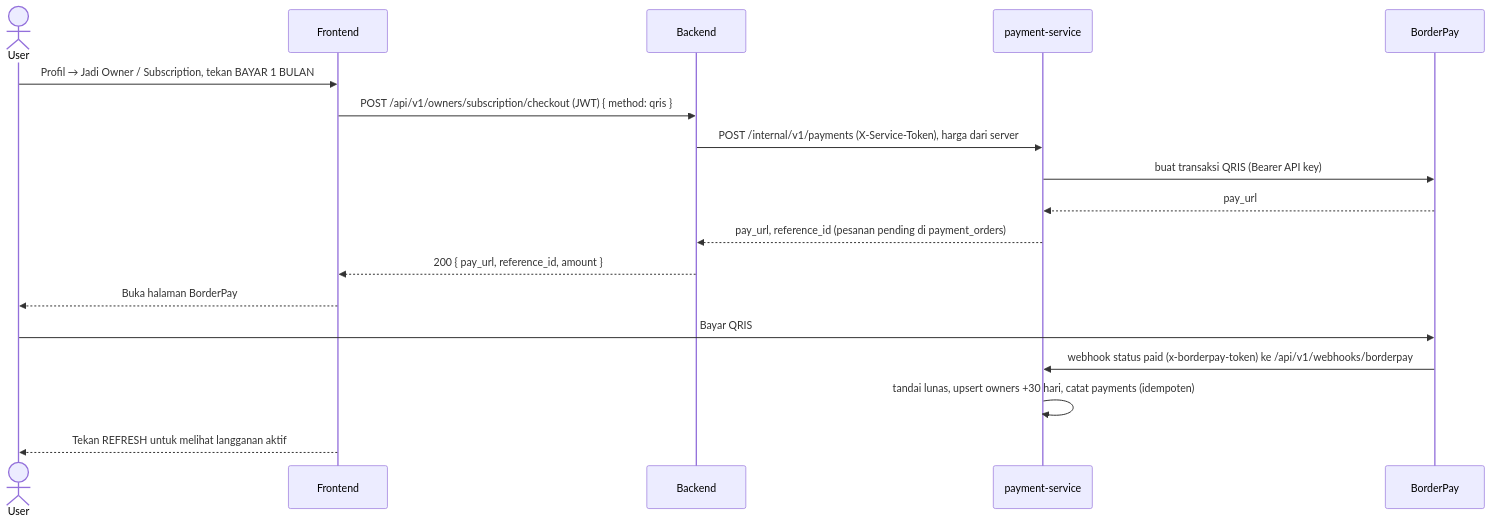
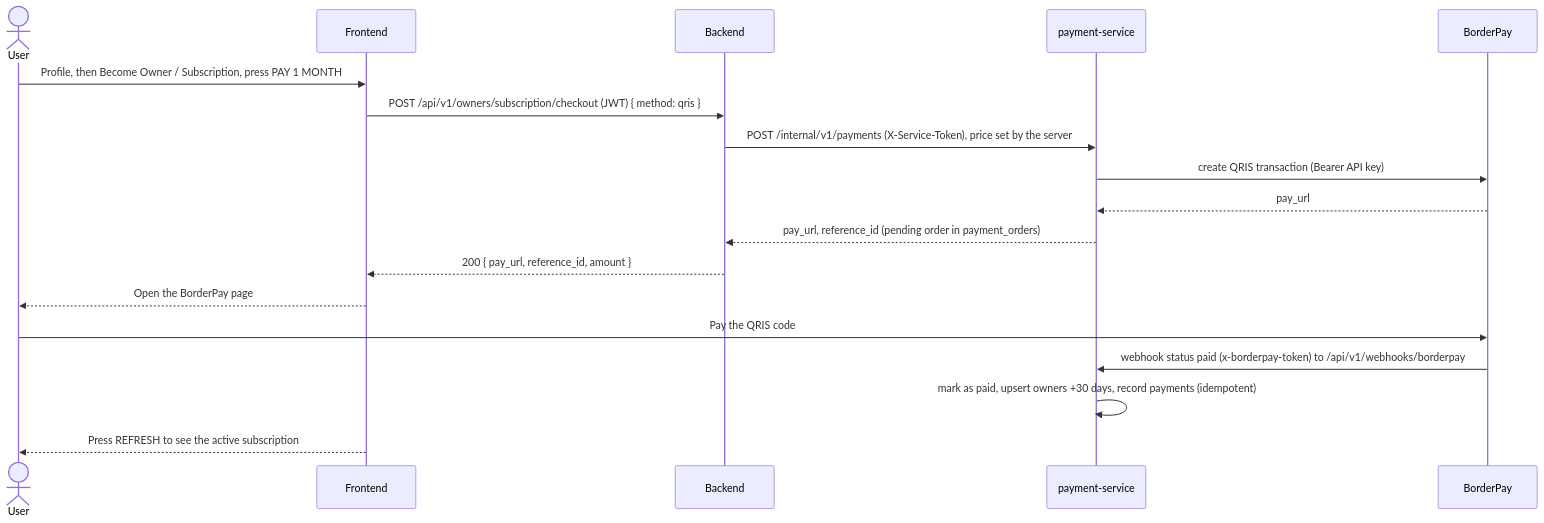
The fifth of 5 diagrams in docs/FLOW.md (monte-christo-gilberd/Queue-Management-System), drawn with Mermaid before and after one commit. The commit also changed other lines of this file and 4 other files, not shown here.

````diff
--- a/docs/FLOW.md
+++ b/docs/FLOW.md
@@ -203,20 +202,20 @@
 ```mermaid
 sequenceDiagram
     actor U as User
     participant FE as Frontend
     participant BE as Backend
     participant PS as payment-service
     participant BB as BorderPay
-    U->>FE: Profil → Jadi Owner / Subscription, tekan BAYAR 1 BULAN
+    U->>FE: Profile, then Become Owner / Subscription, press PAY 1 MONTH
     FE->>BE: POST /api/v1/owners/subscription/checkout (JWT) { method: qris }
-    BE->>PS: POST /internal/v1/payments (X-Service-Token), harga dari server
-    PS->>BB: buat transaksi QRIS (Bearer API key)
+    BE->>PS: POST /internal/v1/payments (X-Service-Token), price set by the server
+    PS->>BB: create QRIS transaction (Bearer API key)
     BB-->>PS: pay_url
-    PS-->>BE: pay_url, reference_id (pesanan pending di payment_orders)
+    PS-->>BE: pay_url, reference_id (pending order in payment_orders)
     BE-->>FE: 200 { pay_url, reference_id, amount }
-    FE-->>U: Buka halaman BorderPay
-    U->>BB: Bayar QRIS
-    BB->>PS: webhook status paid (x-borderpay-token) ke /api/v1/webhooks/borderpay
-    PS->>PS: tandai lunas, upsert owners +30 hari, catat payments (idempoten)
-    FE-->>U: Tekan REFRESH untuk melihat langganan aktif
+    FE-->>U: Open the BorderPay page
+    U->>BB: Pay the QRIS code
+    BB->>PS: webhook status paid (x-borderpay-token) to /api/v1/webhooks/borderpay
+    PS->>PS: mark as paid, upsert owners +30 days, record payments (idempotent)
+    FE-->>U: Press REFRESH to see the active subscription
 ```
````
